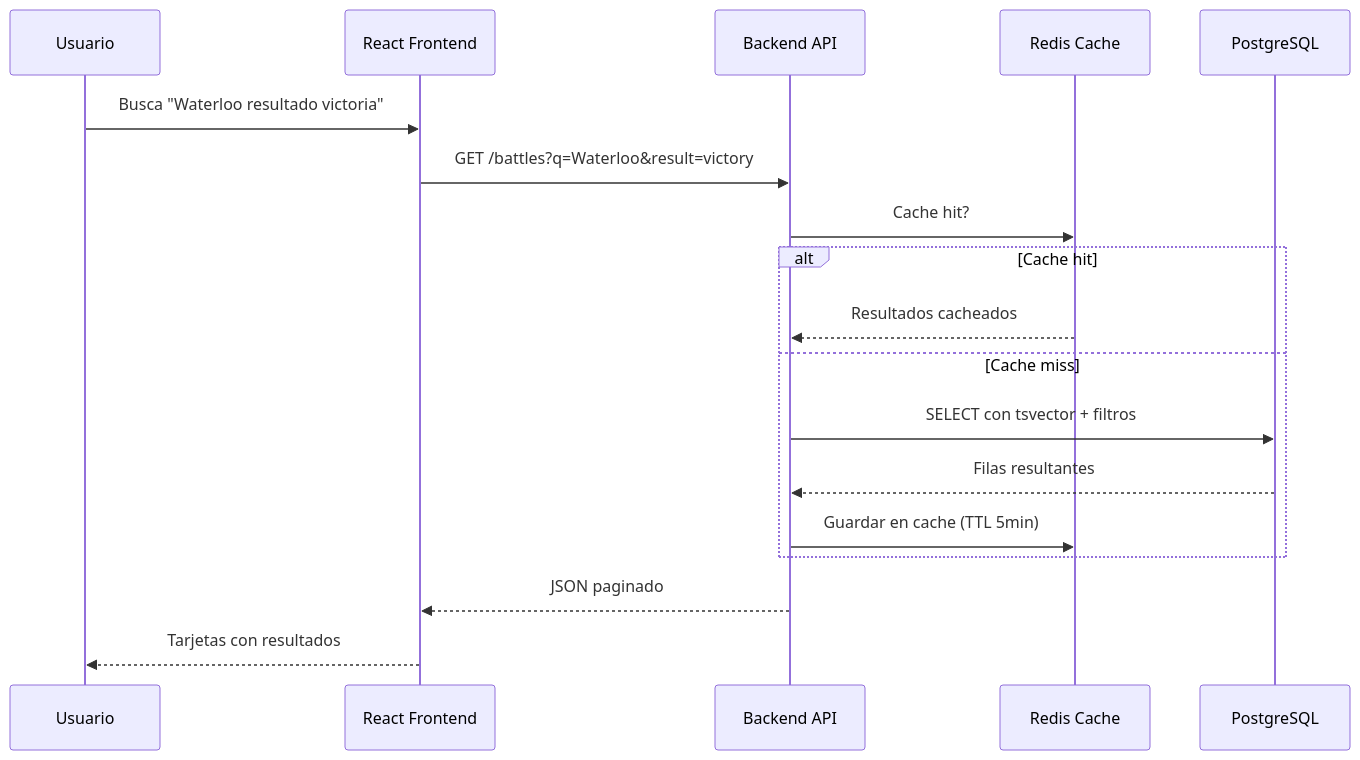
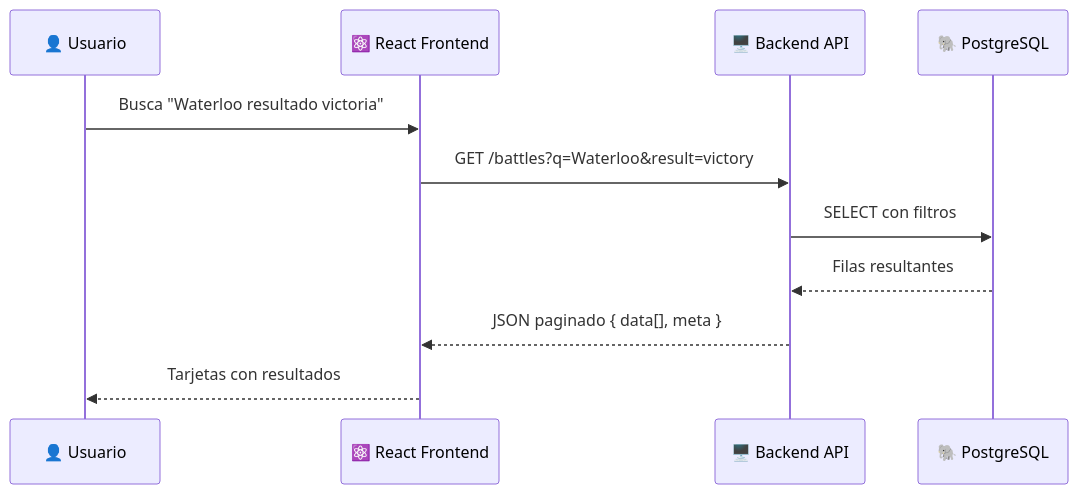
The second of 2 diagrams in docs/arquitectura/flujo-datos.md (mtzgutierrez/bellum-atlas), drawn with Mermaid before and after one commit. The commit also changed other lines of this file and 12 other files, not shown here.

````diff
--- a/docs/arquitectura/flujo-datos.md
+++ b/docs/arquitectura/flujo-datos.md
@@ -36,23 +37,14 @@
 ```mermaid
 sequenceDiagram
-    participant US as Usuario
-    participant FE as React Frontend
-    participant BE as Backend API
-    participant RD as Redis Cache
-    participant DB as PostgreSQL
+    participant US as 👤 Usuario
+    participant FE as ⚛️ React Frontend
+    participant BE as 🖥️ Backend API
+    participant DB as 🐘 PostgreSQL
 
     US->>FE: Busca "Waterloo resultado victoria"
     FE->>BE: GET /battles?q=Waterloo&result=victory
-    BE->>RD: Cache hit?
-
-    alt Cache hit
-        RD-->>BE: Resultados cacheados
-    else Cache miss
-        BE->>DB: SELECT con tsvector + filtros
-        DB-->>BE: Filas resultantes
-        BE->>RD: Guardar en cache (TTL 5min)
-    end
-
-    BE-->>FE: JSON paginado
+    BE->>DB: SELECT con filtros
+    DB-->>BE: Filas resultantes
+    BE-->>FE: JSON paginado { data[], meta }
     FE-->>US: Tarjetas con resultados
 ```
````
